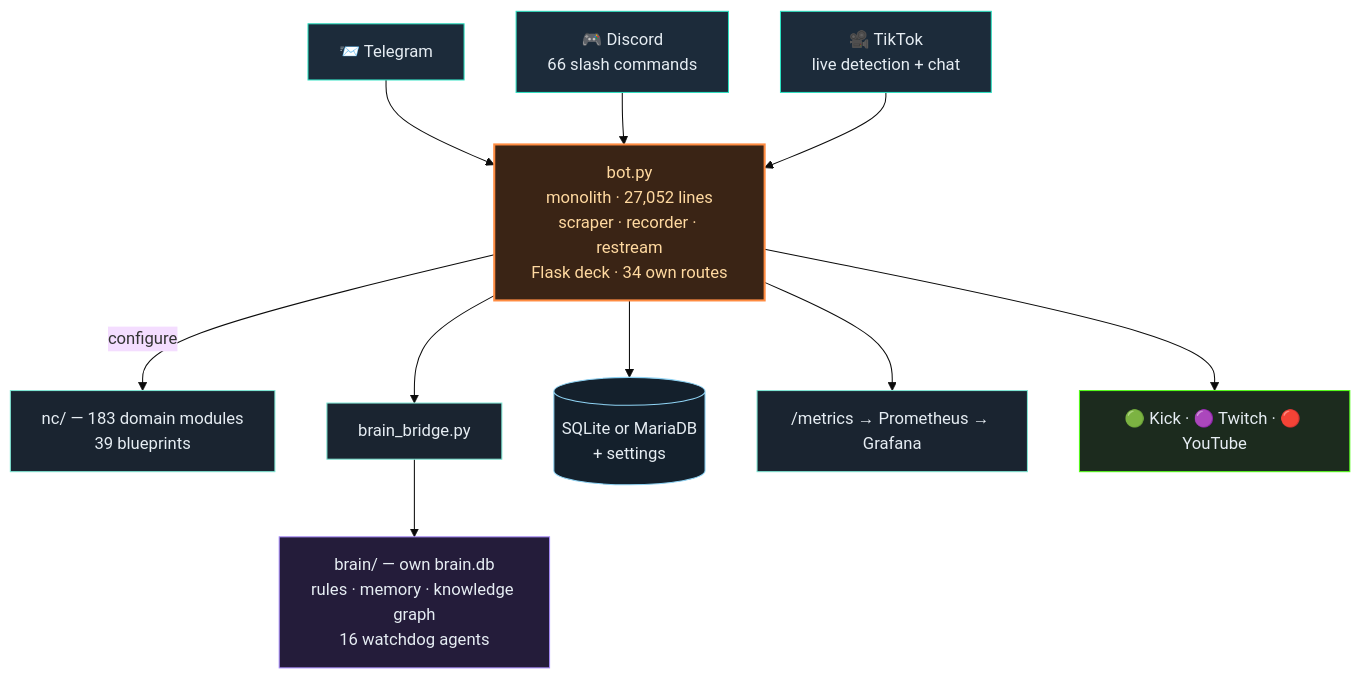
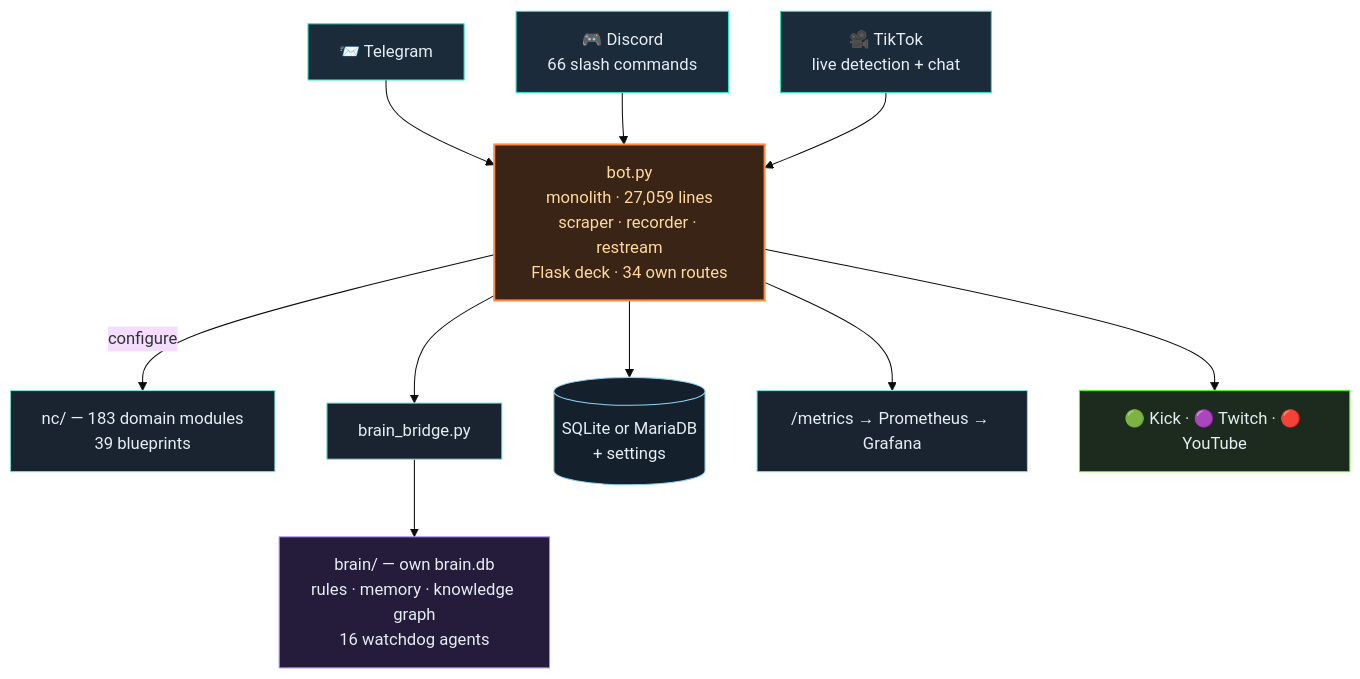
One commit to itsamemedev/Telegram-Stream-Info-Bot changed the second of 3 diagrams in README.en.md. Above: the diagram before and after it, drawn with Mermaid (base theme). The commit also changed other lines of this file and 9 other files, not shown here.

````diff
--- a/README.en.md
+++ b/README.en.md
@@ -119,19 +119,19 @@
 ```mermaid
 flowchart TB
     TG["📨 Telegram"]:::ein --> BOT
     DC["🎮 Discord<br/>66 slash commands"]:::ein --> BOT
     TT["🎥 TikTok<br/>live detection + chat"]:::ein --> BOT
-    BOT["bot.py<br/>monolith · 27,052 lines<br/>scraper · recorder · restream<br/>Flask deck · 34 own routes"]:::core
+    BOT["bot.py<br/>monolith · 27,059 lines<br/>scraper · recorder · restream<br/>Flask deck · 34 own routes"]:::core
     BOT -->|configure| NC["nc/ — 183 domain modules<br/>39 blueprints"]:::lib
     BOT --> BR["brain_bridge.py"]:::lib
     BR --> BRAIN["brain/ — own brain.db<br/>rules · memory · knowledge graph<br/>16 watchdog agents"]:::brain
     BOT --> DB[("SQLite or MariaDB<br/>+ settings")]:::db
     BOT --> PROM["/metrics → Prometheus → Grafana"]:::lib
     BOT --> OUT["🟢 Kick · 🟣 Twitch · 🔴 YouTube"]:::out
     classDef ein fill:#1c2b3a,stroke:#2de1c2,color:#e6edf3
     classDef core fill:#3a2415,stroke:#ff8c42,stroke-width:2px,color:#ffd9a0
     classDef lib fill:#1a2430,stroke:#7fe7d4,color:#e6edf3
     classDef brain fill:#241c3a,stroke:#a78bfa,color:#e6edf3
     classDef db fill:#14202c,stroke:#8fd3f4,color:#e6edf3
     classDef out fill:#1c2b1e,stroke:#53fc18,color:#e6edf3
 ```
````
